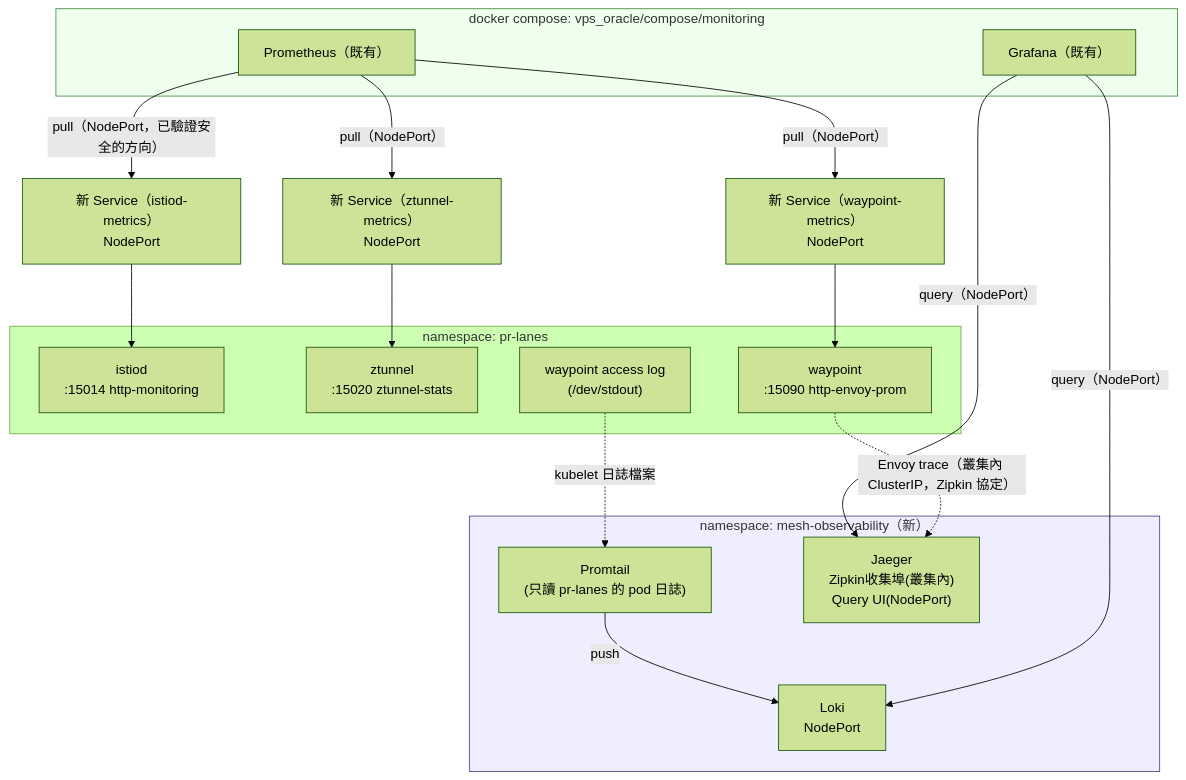
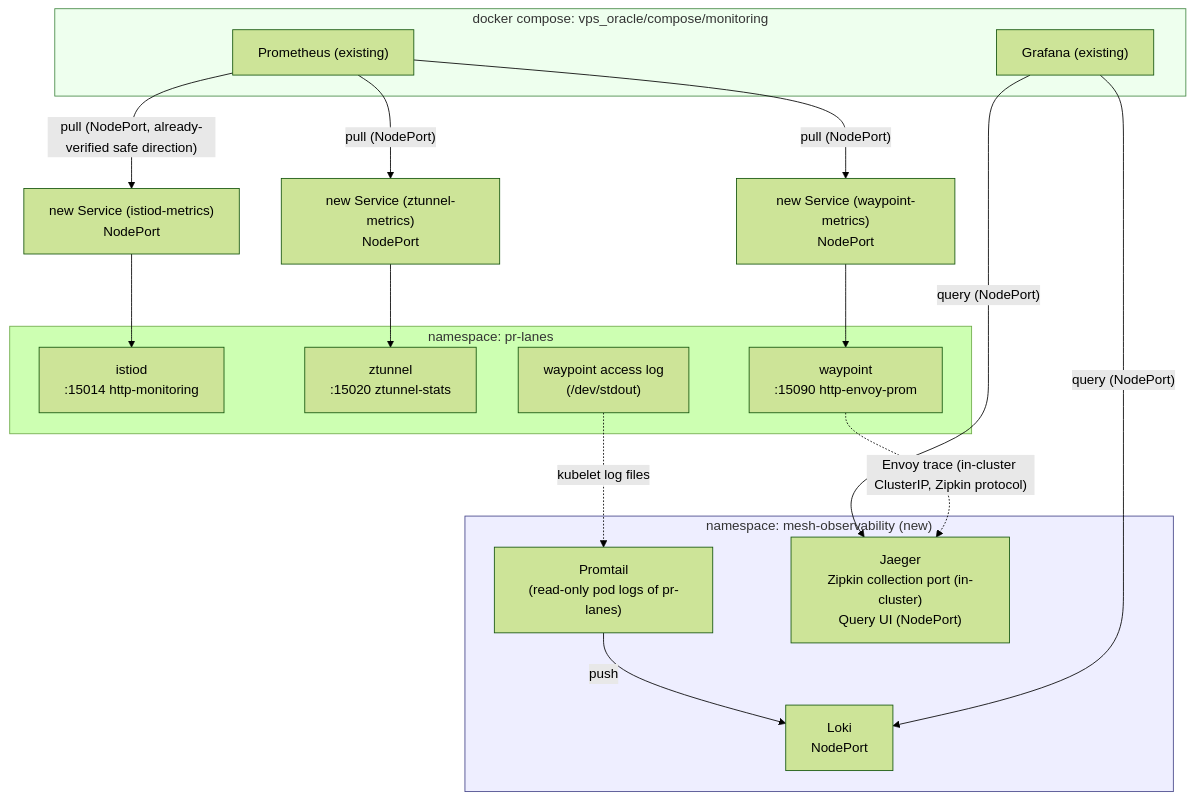
The diagram in docs/superpowers/specs/2026-08-24-k3s-phase-k-observability-design.md (Jeromefromcn/docker-gitops), drawn with Mermaid (forest theme) before and after one commit. The commit also changed other lines of this file and 155 other files, not shown here.

````diff
--- a/docs/superpowers/specs/2026-08-24-k3s-phase-k-observability-design.md
+++ b/docs/superpowers/specs/2026-08-24-k3s-phase-k-observability-design.md
@@ -33,38 +33,38 @@
 ```mermaid
 flowchart TB
     subgraph pr_lanes["namespace: pr-lanes"]
         istiod_ep["istiod\n:15014 http-monitoring"]
         ztunnel_ep["ztunnel\n:15020 ztunnel-stats"]
         waypoint_ep["waypoint\n:15090 http-envoy-prom"]
         waypoint_log["waypoint access log\n(/dev/stdout)"]
     end
 
-    subgraph mesh_obs["namespace: mesh-observability（新）"]
-        promtail["Promtail\n(只讀 pr-lanes 的 pod 日誌)"]
+    subgraph mesh_obs["namespace: mesh-observability (new)"]
+        promtail["Promtail\n(read-only pod logs of pr-lanes)"]
         loki["Loki\nNodePort"]
-        jaeger["Jaeger\nZipkin收集埠(叢集內)\nQuery UI(NodePort)"]
+        jaeger["Jaeger\nZipkin collection port (in-cluster)\nQuery UI (NodePort)"]
     end
 
     subgraph compose["docker compose: vps_oracle/compose/monitoring"]
-        prom["Prometheus（既有）"]
-        graf["Grafana（既有）"]
+        prom["Prometheus (existing)"]
+        graf["Grafana (existing)"]
     end
 
-    istiod_svc["新 Service（istiod-metrics）\nNodePort"] --> istiod_ep
-    ztunnel_svc["新 Service（ztunnel-metrics）\nNodePort"] --> ztunnel_ep
-    waypoint_svc["新 Service（waypoint-metrics）\nNodePort"] --> waypoint_ep
+    istiod_svc["new Service (istiod-metrics)\nNodePort"] --> istiod_ep
+    ztunnel_svc["new Service (ztunnel-metrics)\nNodePort"] --> ztunnel_ep
+    waypoint_svc["new Service (waypoint-metrics)\nNodePort"] --> waypoint_ep
 
-    waypoint_log -. kubelet 日誌檔案 .-> promtail
+    waypoint_log -. kubelet log files .-> promtail
     promtail -->|push| loki
 
-    prom -->|"pull（NodePort，已驗證安全的方向）"| istiod_svc
-    prom -->|"pull（NodePort）"| ztunnel_svc
-    prom -->|"pull（NodePort）"| waypoint_svc
-    graf -->|"query（NodePort）"| loki
-    graf -->|"query（NodePort）"| jaeger
+    prom -->|"pull (NodePort, already-verified safe direction)"| istiod_svc
+    prom -->|"pull (NodePort)"| ztunnel_svc
+    prom -->|"pull (NodePort)"| waypoint_svc
+    graf -->|"query (NodePort)"| loki
+    graf -->|"query (NodePort)"| jaeger
 
-    waypoint_ep -. "Envoy trace（叢集內 ClusterIP，Zipkin 協定）" .-> jaeger
+    waypoint_ep -. "Envoy trace (in-cluster ClusterIP, Zipkin protocol)" .-> jaeger
 
     style mesh_obs fill:#eef,stroke:#448
     style compose fill:#efe,stroke:#484
 ```
````
